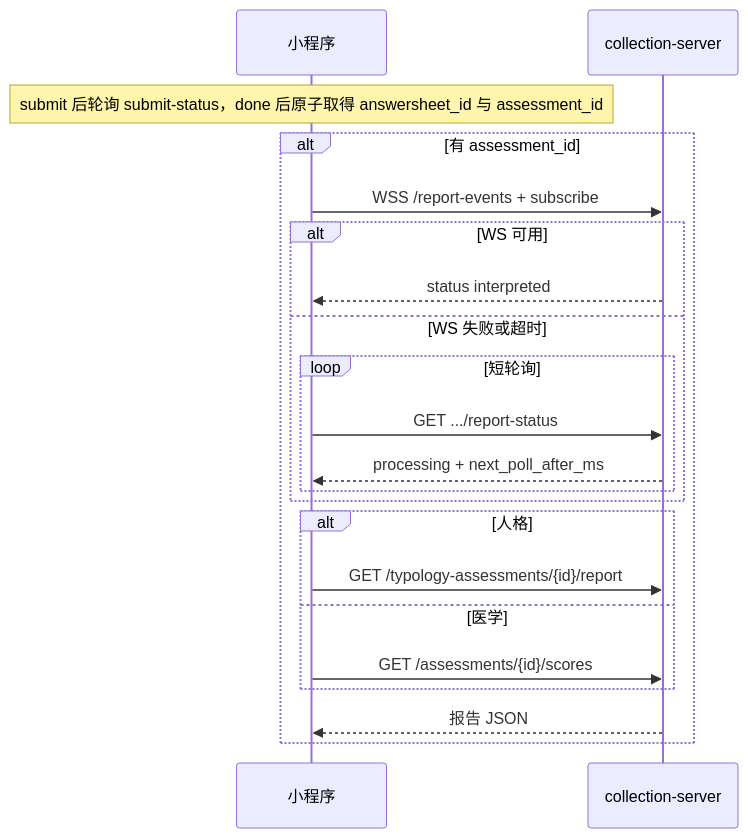
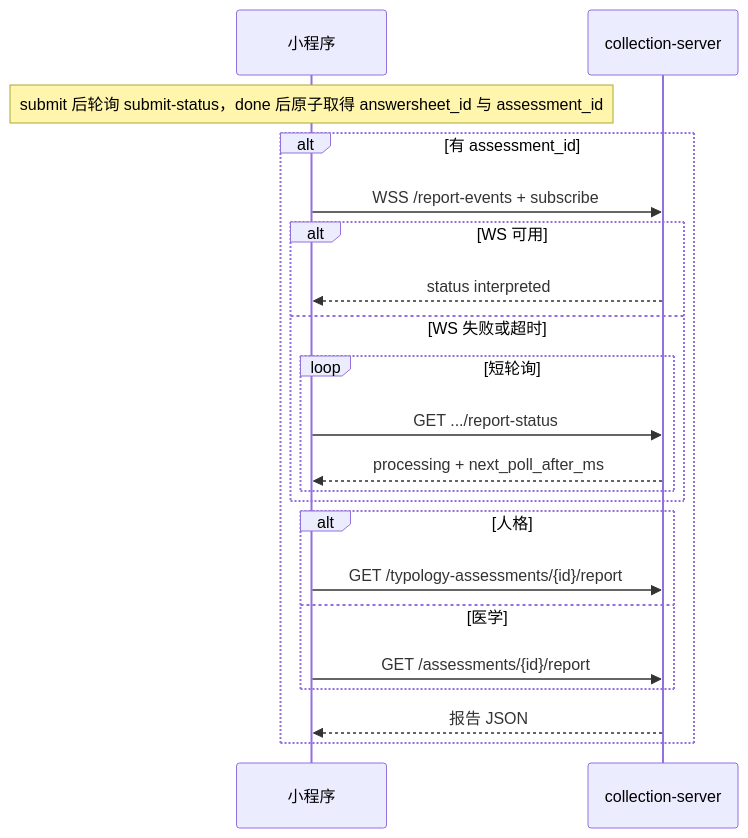
Before and after one commit to FangcunMount/qs-collection-system: the diagram in docs/12-小程序报告等待接入指南.md, drawn with Mermaid. The commit also changed other lines of this file and 16 other files, not shown here.

````diff
--- a/docs/12-小程序报告等待接入指南.md
+++ b/docs/12-小程序报告等待接入指南.md
@@ -263,25 +263,25 @@
 ```mermaid
 sequenceDiagram
     participant MP as 小程序
     participant CS as collection-server
 
     Note over MP: submit 后轮询 submit-status，done 后原子取得 answersheet_id 与 assessment_id
 
     alt 有 assessment_id
         MP->>CS: WSS /report-events + subscribe
         alt WS 可用
             CS-->>MP: status interpreted
         else WS 失败或超时
             loop 短轮询
                 MP->>CS: GET .../report-status
                 CS-->>MP: processing + next_poll_after_ms
             end
         end
         alt 人格
             MP->>CS: GET /typology-assessments/{id}/report
         else 医学
-            MP->>CS: GET /assessments/{id}/scores
+            MP->>CS: GET /assessments/{id}/report
         end
         CS-->>MP: 报告 JSON
     end
 ```
````
